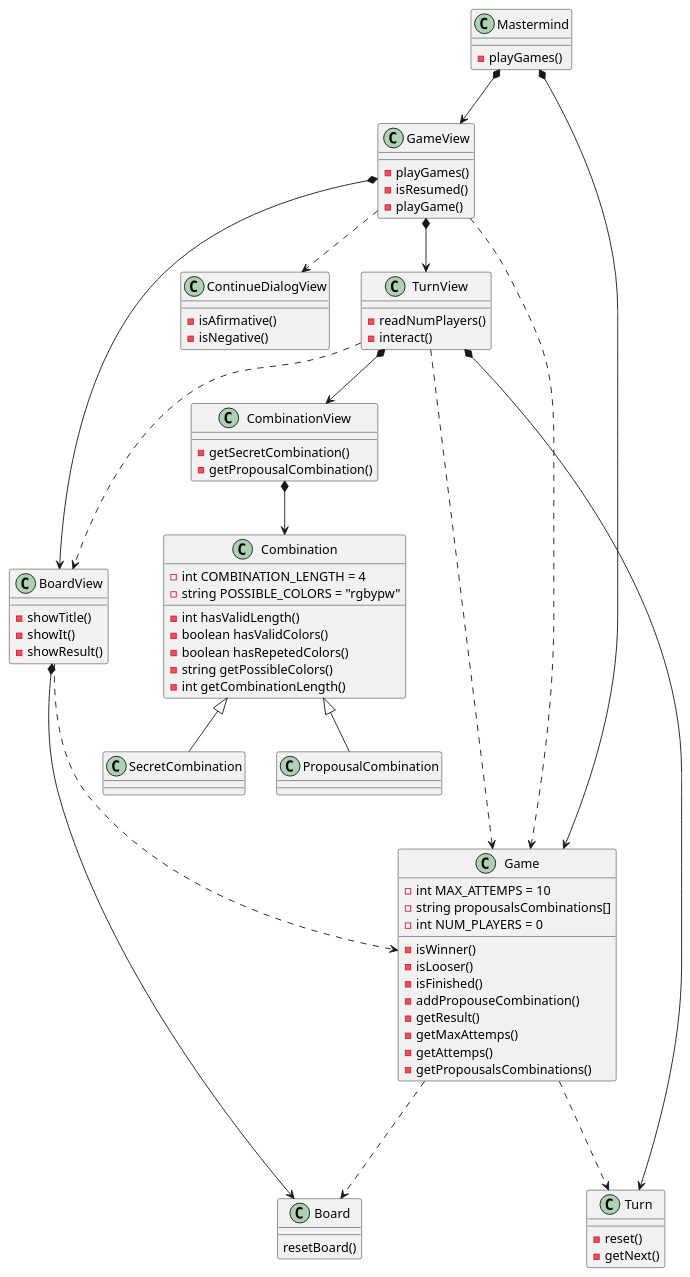
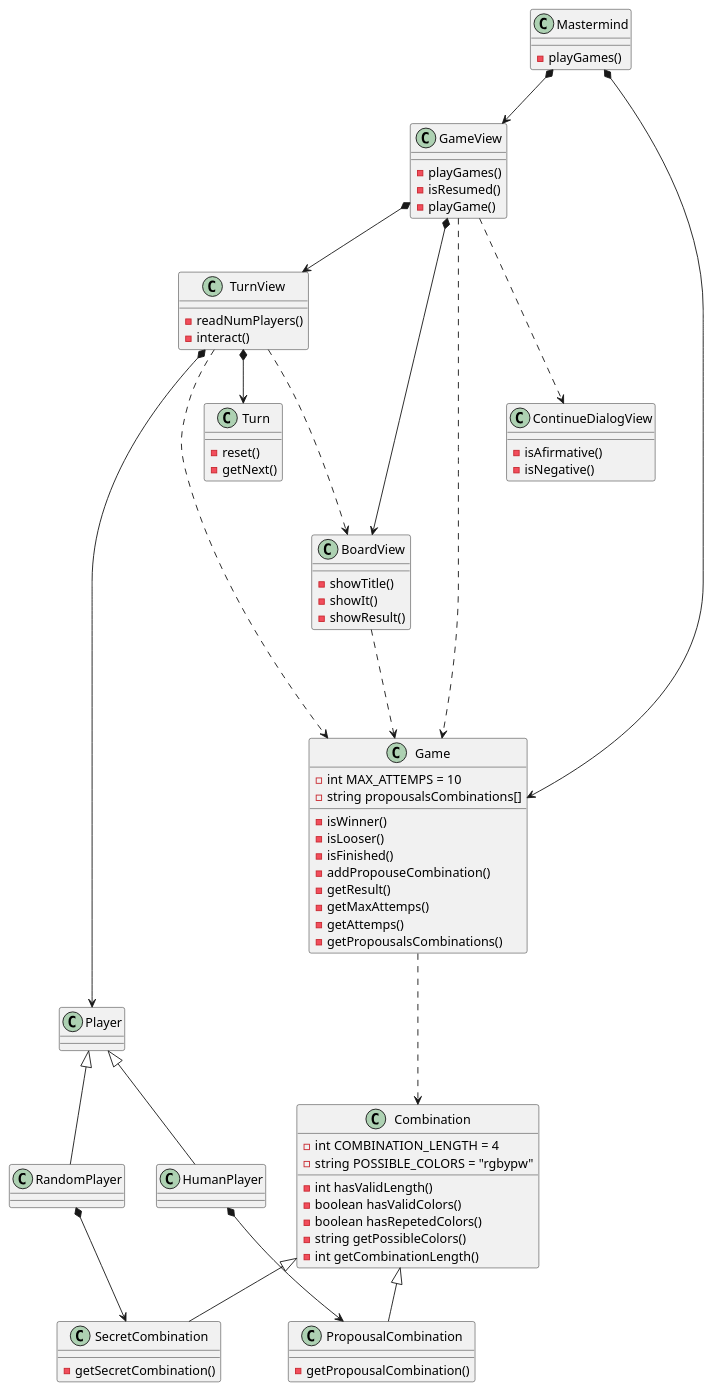
The diagram in doc/uml/mastermaind_clases.plantuml (garmitano/MasterPyD---Games), drawn with PlantUML before and after one commit. The commit also changed 6 other files, not shown here.

```diff
--- a/doc/uml/mastermaind_clases.plantuml
+++ b/doc/uml/mastermaind_clases.plantuml
@@ -1,99 +1,94 @@
 @startuml mastermind_clases
 
 class Mastermind{
     - playGames()
 }
 
 class Game {
     - int MAX_ATTEMPS = 10
     - string propousalsCombinations[]
-    - int NUM_PLAYERS = 0
     - isWinner()
     - isLooser()
     - isFinished()
     - addPropouseCombination()
     - getResult()
     - getMaxAttemps()
     - getAttemps()
     - getPropousalsCombinations()
 }
 
-class Combination{
-    - int COMBINATION_LENGTH = 4
-    - string POSSIBLE_COLORS = "rgbypw"
-    - int hasValidLength()
-    - boolean hasValidColors()
-    - boolean hasRepetedColors()
-    - string getPossibleColors()
-    - int getCombinationLength()
-
-} 
-
-class CombinationView{
-    - getSecretCombination()
-    - getPropousalCombination()
-}
-
-
 class GameView{
     - playGames()
     - isResumed()
     - playGame()
 }
 
-class Board{
-    resetBoard()
-}
-
 class TurnView{
     - readNumPlayers()
     - interact()
-
 }
 
 class Turn{
     - reset()
     - getNext()
 }
 
 class BoardView{
     - showTitle()
     - showIt()
     - showResult()
 }
 
 class ContinueDialogView{
     - isAfirmative()
     - isNegative()
 }
 
+class Combination{
+    - int COMBINATION_LENGTH = 4
+    - string POSSIBLE_COLORS = "rgbypw"
+    - int hasValidLength()
+    - boolean hasValidColors()
+    - boolean hasRepetedColors()
+    - string getPossibleColors()
+    - int getCombinationLength()
+
+} 
 class SecretCombination{
-
+    - getSecretCombination()
 }
 class PropousalCombination{
+    - getPropousalCombination()
+}
 
-}
+class Player{}
+class RandomPlayer{}
+class HumanPlayer{}
 
 Mastermind *-down-> GameView
 Mastermind *-down-> Game
 
-GameView .down.> ContinueDialogView
 GameView *-down-> BoardView
 GameView *-down-> TurnView
 GameView .-down-> Game
+GameView .-down-> ContinueDialogView
 
-Game .-down-> Turn
-Game .-down-> Board
+TurnView *-down-> Turn
+TurnView *-down-> Player
+TurnView .-down-> BoardView
+TurnView .-down-> Game
 
-BoardView *-down-> Board
+Game .-down-> Combination
+
 BoardView .-down-> Game
 
-TurnView *-down-> Turn
-TurnView .-down-> BoardView
-TurnView *-down-> CombinationView
-TurnView .-down-> Game
+Player <|-down- RandomPlayer
+Player <|-down- HumanPlayer
 
-CombinationView *-down-> Combination
+RandomPlayer *-down-> SecretCombination
+
+HumanPlayer *-down-> PropousalCombination
+
 Combination <|-down- SecretCombination
 Combination <|-down- PropousalCombination
 @enduml
```
